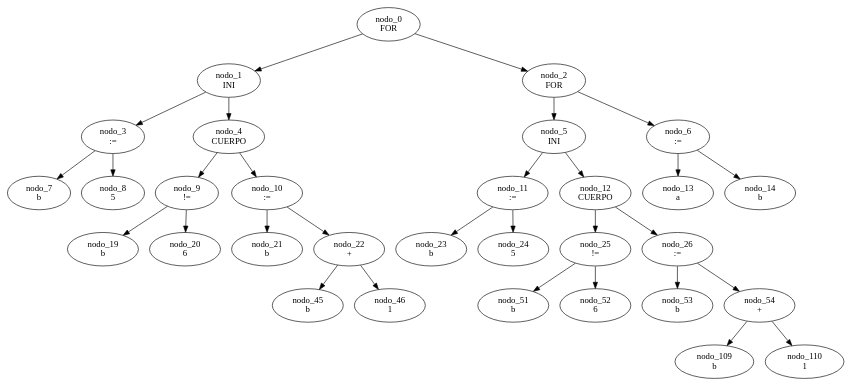
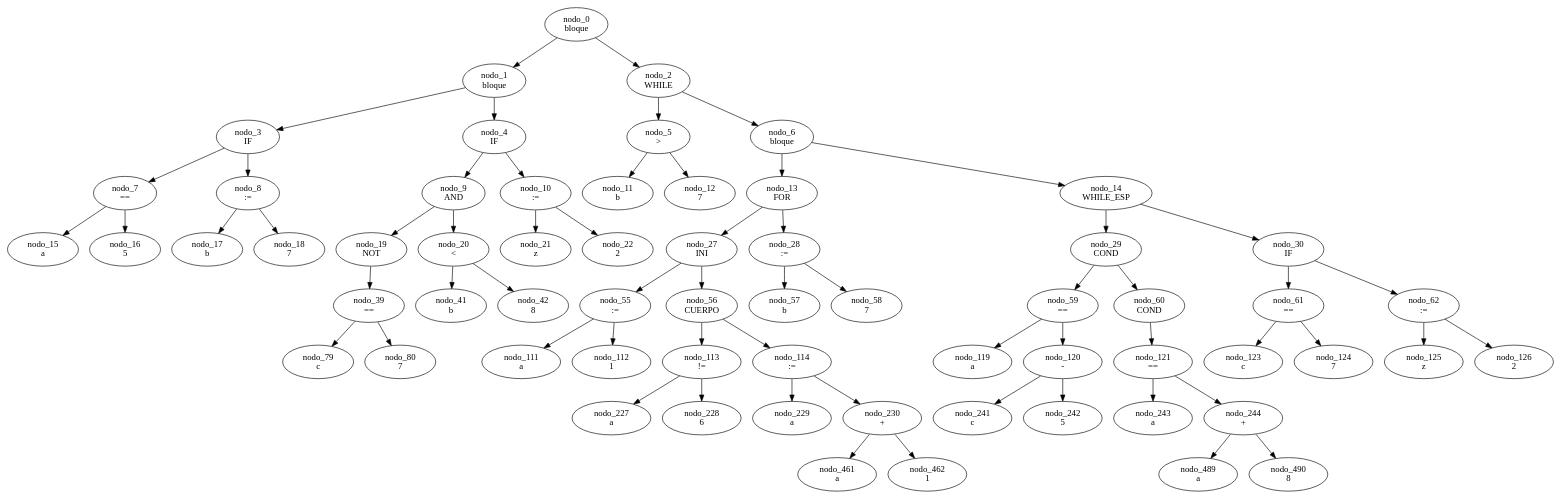
One commit to FacuBouza/TP_LyC_Grupo07 changed the diagram in Codigo/gragh.dot. Above: the diagram before and after it, drawn with Graphviz. The commit also changed 8 other files, not shown here.

```diff
--- a/Codigo/gragh.dot
+++ b/Codigo/gragh.dot
@@ -1,32 +1,64 @@
 digraph G {
-	"nodo_0 \nFOR" -> "nodo_1 \nINI"
-	"nodo_0 \nFOR" -> "nodo_2 \nFOR"
-	"nodo_1 \nINI" -> "nodo_3 \n:="
-	"nodo_1 \nINI" -> "nodo_4 \nCUERPO"
-	"nodo_3 \n:=" -> "nodo_7 \nb"
-	"nodo_3 \n:=" -> "nodo_8 \n5"
-	"nodo_4 \nCUERPO" -> "nodo_9 \n!="
-	"nodo_4 \nCUERPO" -> "nodo_10 \n:="
-	"nodo_9 \n!=" -> "nodo_19 \nb"
-	"nodo_9 \n!=" -> "nodo_20 \n6"
-	"nodo_10 \n:=" -> "nodo_21 \nb"
-	"nodo_10 \n:=" -> "nodo_22 \n+"
-	"nodo_22 \n+" -> "nodo_45 \nb"
-	"nodo_22 \n+" -> "nodo_46 \n1"
-	"nodo_2 \nFOR" -> "nodo_5 \nINI"
-	"nodo_2 \nFOR" -> "nodo_6 \n:="
-	"nodo_5 \nINI" -> "nodo_11 \n:="
-	"nodo_5 \nINI" -> "nodo_12 \nCUERPO"
-	"nodo_11 \n:=" -> "nodo_23 \nb"
-	"nodo_11 \n:=" -> "nodo_24 \n5"
-	"nodo_12 \nCUERPO" -> "nodo_25 \n!="
-	"nodo_12 \nCUERPO" -> "nodo_26 \n:="
-	"nodo_25 \n!=" -> "nodo_51 \nb"
-	"nodo_25 \n!=" -> "nodo_52 \n6"
-	"nodo_26 \n:=" -> "nodo_53 \nb"
-	"nodo_26 \n:=" -> "nodo_54 \n+"
-	"nodo_54 \n+" -> "nodo_109 \nb"
-	"nodo_54 \n+" -> "nodo_110 \n1"
-	"nodo_6 \n:=" -> "nodo_13 \na"
-	"nodo_6 \n:=" -> "nodo_14 \nb"
+	"nodo_0 \nbloque" -> "nodo_1 \nbloque"
+	"nodo_0 \nbloque" -> "nodo_2 \nWHILE"
+	"nodo_1 \nbloque" -> "nodo_3 \nIF"
+	"nodo_1 \nbloque" -> "nodo_4 \nIF"
+	"nodo_3 \nIF" -> "nodo_7 \n=="
+	"nodo_3 \nIF" -> "nodo_8 \n:="
+	"nodo_7 \n==" -> "nodo_15 \na"
+	"nodo_7 \n==" -> "nodo_16 \n5"
+	"nodo_8 \n:=" -> "nodo_17 \nb"
+	"nodo_8 \n:=" -> "nodo_18 \n7"
+	"nodo_4 \nIF" -> "nodo_9 \nAND"
+	"nodo_4 \nIF" -> "nodo_10 \n:="
+	"nodo_9 \nAND" -> "nodo_19 \nNOT"
+	"nodo_9 \nAND" -> "nodo_20 \n<"
+	"nodo_19 \nNOT" -> "nodo_39 \n=="
+	"nodo_39 \n==" -> "nodo_79 \nc"
+	"nodo_39 \n==" -> "nodo_80 \n7"
+	"nodo_20 \n<" -> "nodo_41 \nb"
+	"nodo_20 \n<" -> "nodo_42 \n8"
+	"nodo_10 \n:=" -> "nodo_21 \nz"
+	"nodo_10 \n:=" -> "nodo_22 \n2"
+	"nodo_2 \nWHILE" -> "nodo_5 \n>"
+	"nodo_2 \nWHILE" -> "nodo_6 \nbloque"
+	"nodo_5 \n>" -> "nodo_11 \nb"
+	"nodo_5 \n>" -> "nodo_12 \n7"
+	"nodo_6 \nbloque" -> "nodo_13 \nFOR"
+	"nodo_6 \nbloque" -> "nodo_14 \nWHILE_ESP"
+	"nodo_13 \nFOR" -> "nodo_27 \nINI"
+	"nodo_13 \nFOR" -> "nodo_28 \n:="
+	"nodo_27 \nINI" -> "nodo_55 \n:="
+	"nodo_27 \nINI" -> "nodo_56 \nCUERPO"
+	"nodo_55 \n:=" -> "nodo_111 \na"
+	"nodo_55 \n:=" -> "nodo_112 \n1"
+	"nodo_56 \nCUERPO" -> "nodo_113 \n!="
+	"nodo_56 \nCUERPO" -> "nodo_114 \n:="
+	"nodo_113 \n!=" -> "nodo_227 \na"
+	"nodo_113 \n!=" -> "nodo_228 \n6"
+	"nodo_114 \n:=" -> "nodo_229 \na"
+	"nodo_114 \n:=" -> "nodo_230 \n+"
+	"nodo_230 \n+" -> "nodo_461 \na"
+	"nodo_230 \n+" -> "nodo_462 \n1"
+	"nodo_28 \n:=" -> "nodo_57 \nb"
+	"nodo_28 \n:=" -> "nodo_58 \n7"
+	"nodo_14 \nWHILE_ESP" -> "nodo_29 \nCOND"
+	"nodo_14 \nWHILE_ESP" -> "nodo_30 \nIF"
+	"nodo_29 \nCOND" -> "nodo_59 \n=="
+	"nodo_29 \nCOND" -> "nodo_60 \nCOND"
+	"nodo_59 \n==" -> "nodo_119 \na"
+	"nodo_59 \n==" -> "nodo_120 \n-"
+	"nodo_120 \n-" -> "nodo_241 \nc"
+	"nodo_120 \n-" -> "nodo_242 \n5"
+	"nodo_60 \nCOND" -> "nodo_121 \n=="
+	"nodo_121 \n==" -> "nodo_243 \na"
+	"nodo_121 \n==" -> "nodo_244 \n+"
+	"nodo_244 \n+" -> "nodo_489 \na"
+	"nodo_244 \n+" -> "nodo_490 \n8"
+	"nodo_30 \nIF" -> "nodo_61 \n=="
+	"nodo_30 \nIF" -> "nodo_62 \n:="
+	"nodo_61 \n==" -> "nodo_123 \nc"
+	"nodo_61 \n==" -> "nodo_124 \n7"
+	"nodo_62 \n:=" -> "nodo_125 \nz"
+	"nodo_62 \n:=" -> "nodo_126 \n2"
 }
```
